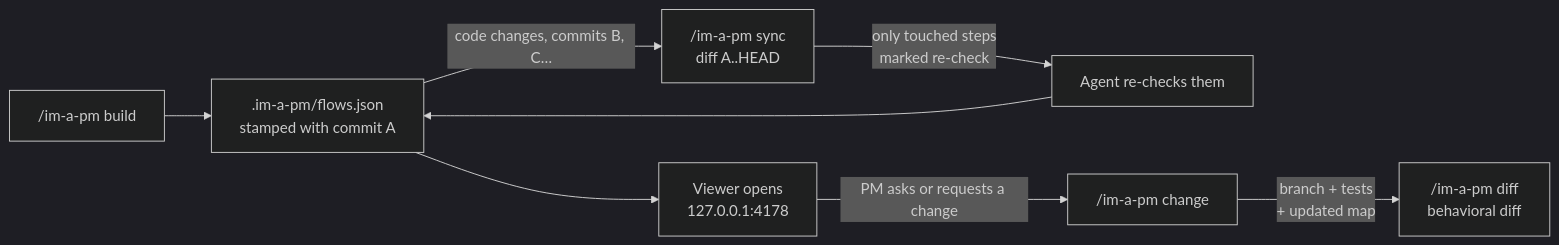
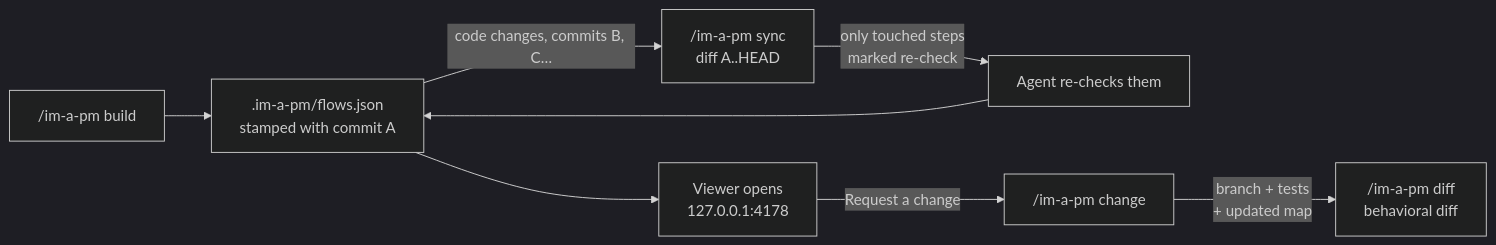
Before and after one commit to danilojpferreira/im-a-pm: the diagram in README.md, drawn with Mermaid (dark theme). The commit also changed other lines of this file and 32 other files, not shown here.

````diff
--- a/README.md
+++ b/README.md
@@ -135,10 +214,10 @@
 ```mermaid
 flowchart LR
   B["/im-a-pm build"] --> M[".im-a-pm/flows.json<br/>stamped with commit A"]
   M --> V["Viewer opens<br/>127.0.0.1:4178"]
   M -->|code changes, commits B, C…| S["/im-a-pm sync<br/>diff A..HEAD"]
   S -->|"only touched steps<br/>marked re-check"| R[Agent re-checks them]
   R --> M
-  V -->|PM asks or requests a change| C["/im-a-pm change"]
+  V -->|"Request a change"| C["/im-a-pm change"]
   C -->|"branch + tests<br/>+ updated map"| D["/im-a-pm diff<br/>behavioral diff"]
 ```
````
